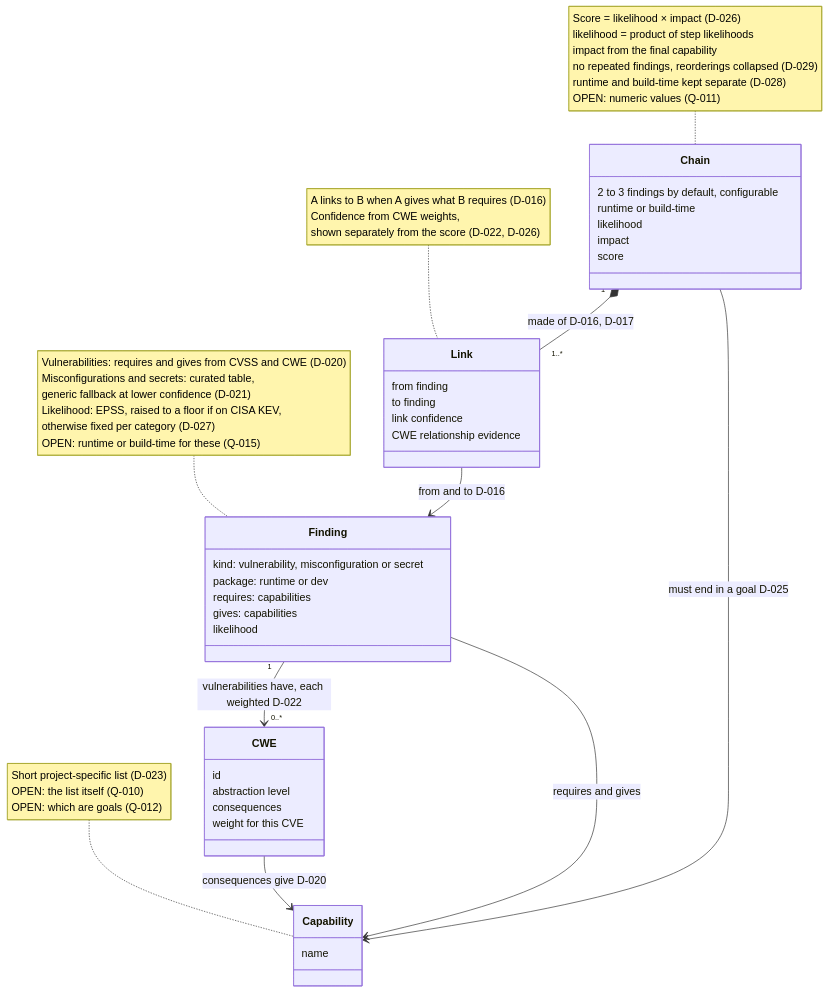
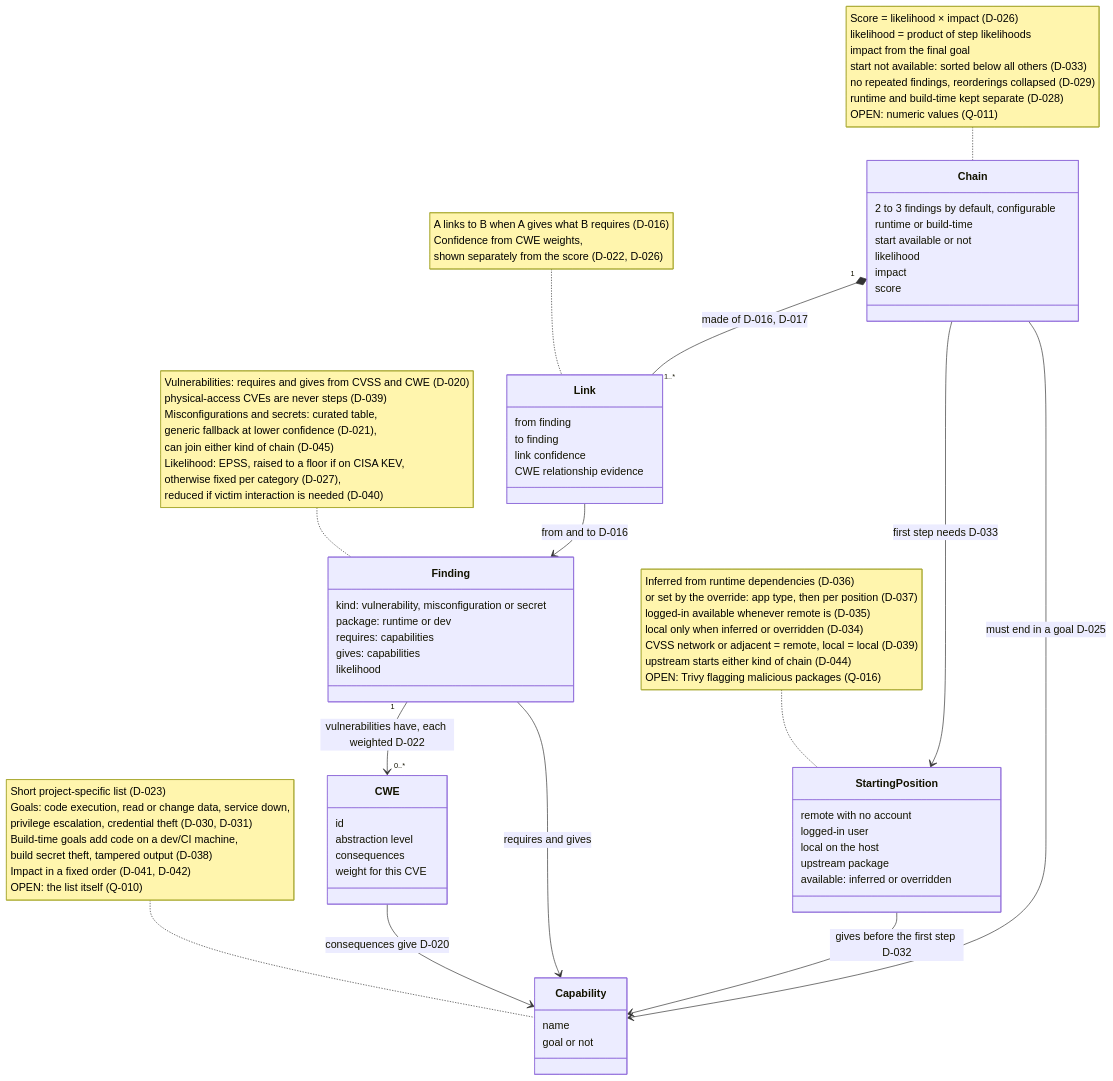
One commit to jackbowden-ai/open-attack-path changed the diagram in docs/planning/diagrams/03-chain-data-model.md. Above: the diagram before and after it, drawn with Mermaid. The commit also changed other lines of this file and 10 other files, not shown here.

First line of the commit message:
Attacker model interview: decisions D-030 to D-045, diagrams updated

````diff
--- a/docs/planning/diagrams/03-chain-data-model.md
+++ b/docs/planning/diagrams/03-chain-data-model.md
@@ -5,46 +5,58 @@
 ```mermaid
 classDiagram
     direction TB
 
     class Finding {
         kind: vulnerability, misconfiguration or secret
         package: runtime or dev
         requires: capabilities
         gives: capabilities
         likelihood
     }
     class CWE {
         id
         abstraction level
         consequences
         weight for this CVE
     }
     class Capability {
         name
+        goal or not
+    }
+    class StartingPosition {
+        remote with no account
+        logged-in user
+        local on the host
+        upstream package
+        available: inferred or overridden
     }
     class Link {
         from finding
         to finding
         link confidence
         CWE relationship evidence
     }
     class Chain {
         2 to 3 findings by default, configurable
         runtime or build-time
+        start available or not
         likelihood
         impact
         score
     }
 
     Finding "1" --> "0..*" CWE : vulnerabilities have, each weighted D-022
     CWE --> Capability : consequences give D-020
     Finding --> Capability : requires and gives
+    StartingPosition --> Capability : gives before the first step D-032
     Link --> Finding : from and to D-016
     Chain "1" *-- "1..*" Link : made of D-016, D-017
+    Chain --> StartingPosition : first step needs D-033
     Chain --> Capability : must end in a goal D-025
 
-    note for Finding "Vulnerabilities: requires and gives from CVSS and CWE (D-020)<br/>Misconfigurations and secrets: curated table,<br/>generic fallback at lower confidence (D-021)<br/>Likelihood: EPSS, raised to a floor if on CISA KEV,<br/>otherwise fixed per category (D-027)<br/>OPEN: runtime or build-time for these (Q-015)"
-    note for Capability "Short project-specific list (D-023)<br/>OPEN: the list itself (Q-010)<br/>OPEN: which are goals (Q-012)"
-    note for Chain "Score = likelihood × impact (D-026)<br/>likelihood = product of step likelihoods<br/>impact from the final capability<br/>no repeated findings, reorderings collapsed (D-029)<br/>runtime and build-time kept separate (D-028)<br/>OPEN: numeric values (Q-011)"
+    note for Finding "Vulnerabilities: requires and gives from CVSS and CWE (D-020)<br/>physical-access CVEs are never steps (D-039)<br/>Misconfigurations and secrets: curated table,<br/>generic fallback at lower confidence (D-021),<br/>can join either kind of chain (D-045)<br/>Likelihood: EPSS, raised to a floor if on CISA KEV,<br/>otherwise fixed per category (D-027),<br/>reduced if victim interaction is needed (D-040)"
+    note for Capability "Short project-specific list (D-023)<br/>Goals: code execution, read or change data, service down,<br/>privilege escalation, credential theft (D-030, D-031)<br/>Build-time goals add code on a dev/CI machine,<br/>build secret theft, tampered output (D-038)<br/>Impact in a fixed order (D-041, D-042)<br/>OPEN: the list itself (Q-010)"
+    note for StartingPosition "Inferred from runtime dependencies (D-036)<br/>or set by the override: app type, then per position (D-037)<br/>logged-in available whenever remote is (D-035)<br/>local only when inferred or overridden (D-034)<br/>CVSS network or adjacent = remote, local = local (D-039)<br/>upstream starts either kind of chain (D-044)<br/>OPEN: Trivy flagging malicious packages (Q-016)"
+    note for Chain "Score = likelihood × impact (D-026)<br/>likelihood = product of step likelihoods<br/>impact from the final goal<br/>start not available: sorted below all others (D-033)<br/>no repeated findings, reorderings collapsed (D-029)<br/>runtime and build-time kept separate (D-028)<br/>OPEN: numeric values (Q-011)"
     note for Link "A links to B when A gives what B requires (D-016)<br/>Confidence from CWE weights,<br/>shown separately from the score (D-022, D-026)"
 ```
````
